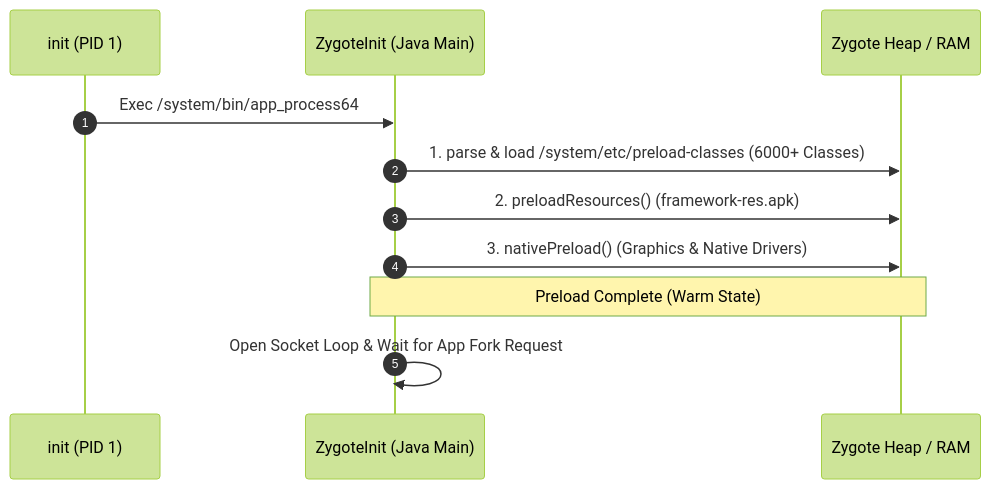
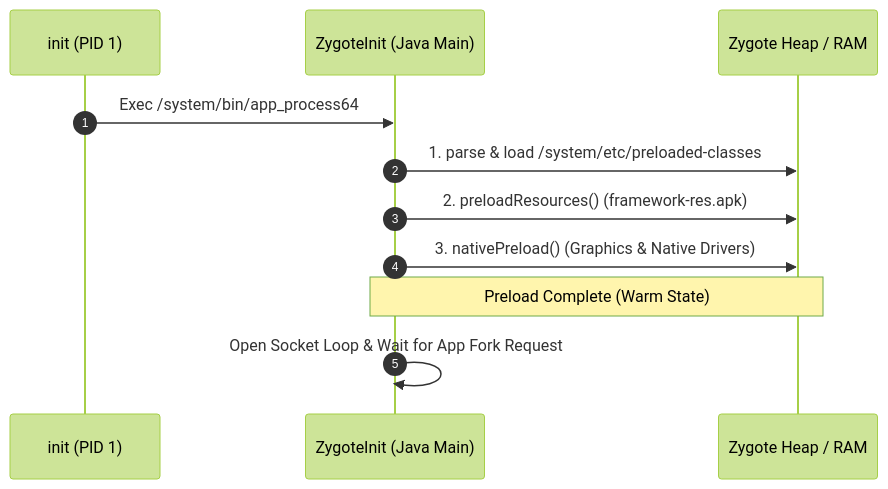
One commit to youngmin-gwon/what-i-studied changed the diagram in 01_inbox/mobile/android/01_system_internals/boot-and-runtime/zygote-runtime-contracts/zygote-preloads-framework-state-before-app-fork.md. Above: the diagram before and after it, drawn with Mermaid (forest theme). The commit also changed other lines of this file and 89 other files, not shown here.

````diff
--- a/01_inbox/mobile/android/01_system_internals/boot-and-runtime/zygote-runtime-contracts/zygote-preloads-framework-state-before-app-fork.md
+++ b/01_inbox/mobile/android/01_system_internals/boot-and-runtime/zygote-runtime-contracts/zygote-preloads-framework-state-before-app-fork.md
@@ -26,14 +26,14 @@
 ```mermaid
 sequenceDiagram
     autonumber
     participant Init as init (PID 1)
     participant Zygote as ZygoteInit (Java Main)
     participant Memory as Zygote Heap / RAM
 
     Init->>Zygote: Exec /system/bin/app_process64
-    Zygote->>Memory: 1. parse & load /system/etc/preload-classes (6000+ Classes)
+    Zygote->>Memory: 1. parse & load /system/etc/preloaded-classes
     Zygote->>Memory: 2. preloadResources() (framework-res.apk)
     Zygote->>Memory: 3. nativePreload() (Graphics & Native Drivers)
     Note over Zygote,Memory: Preload Complete (Warm State)
     Zygote->>Zygote: Open Socket Loop & Wait for App Fork Request
 ```
````
